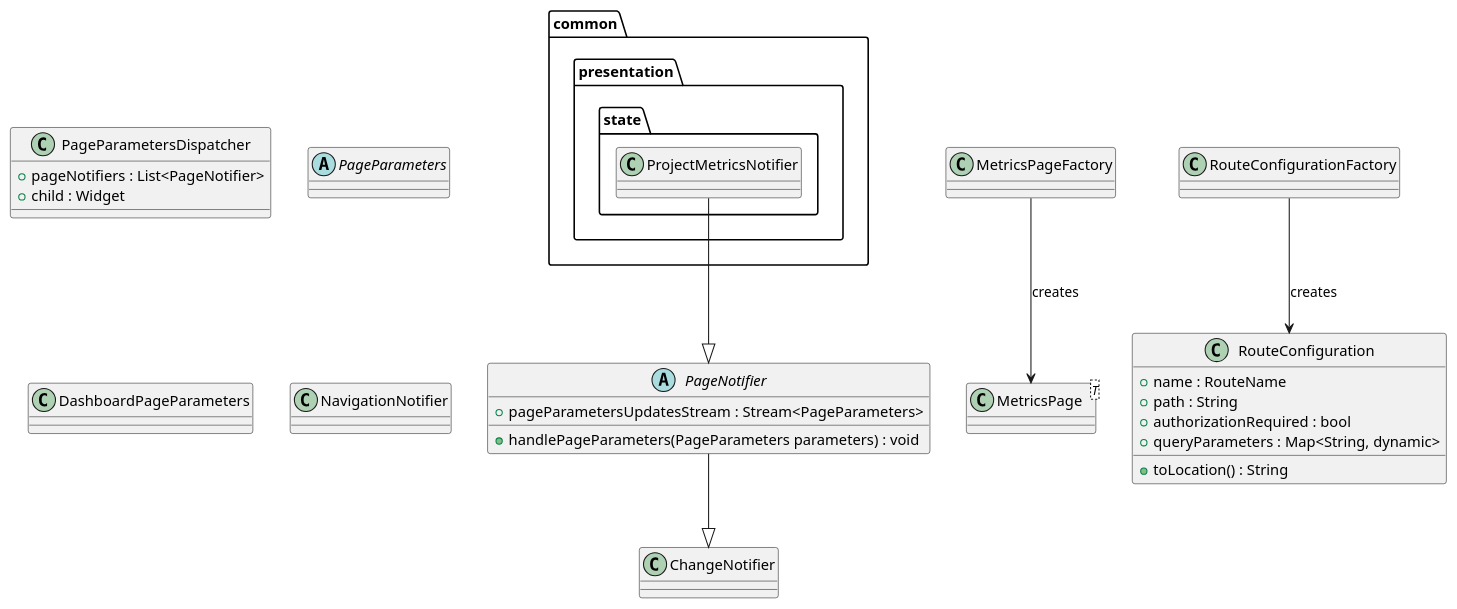
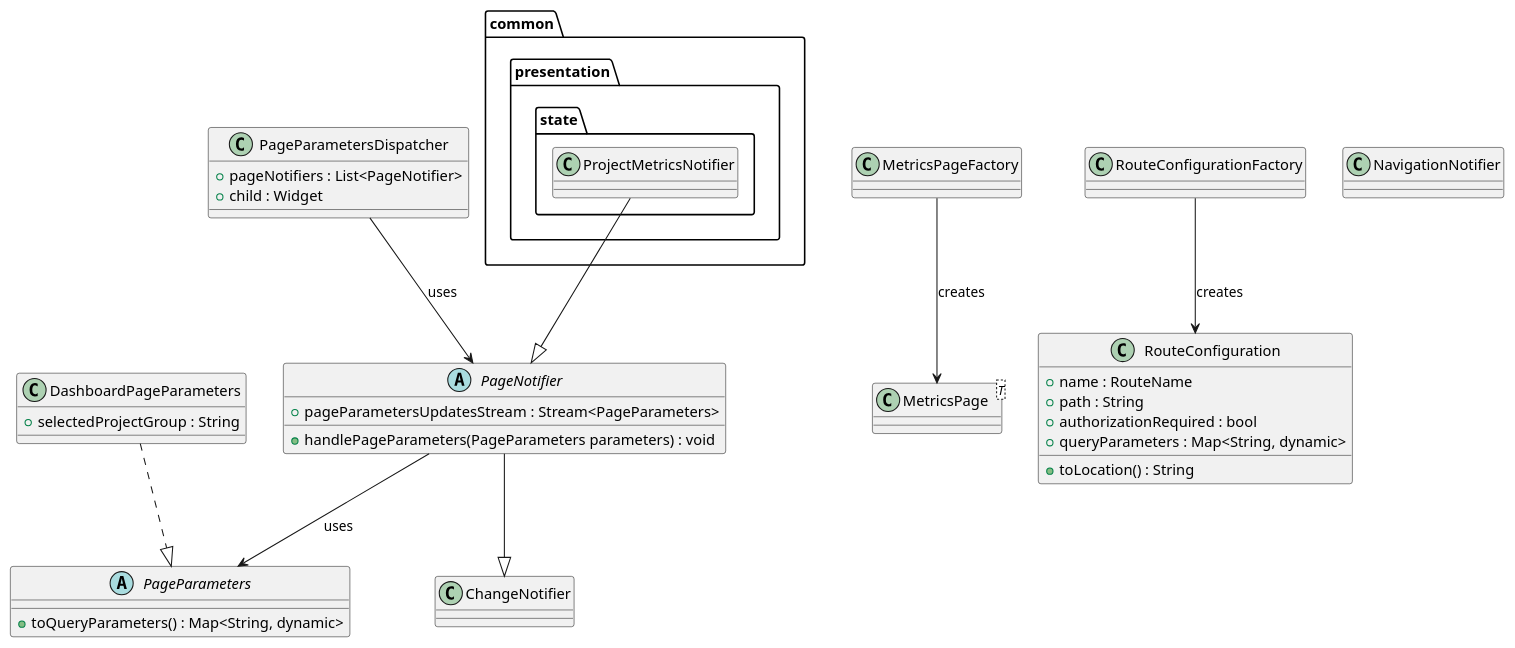
The diagram in metrics/web/docs/features/deep_links/diagrams/navigation_notifier_approach_class_diagram.puml (Flank/flank-dashboard), drawn with PlantUML before and after one commit.

Commit message:
[WIP] add class diagram

```diff
--- a/metrics/web/docs/features/deep_links/diagrams/navigation_notifier_approach_class_diagram.puml
+++ b/metrics/web/docs/features/deep_links/diagrams/navigation_notifier_approach_class_diagram.puml
@@ -1,52 +1,61 @@
 @startuml
 
 abstract class PageNotifier {
     + pageParametersUpdatesStream : Stream<PageParameters>
 
     + handlePageParameters(PageParameters parameters) : void
 }
 
 class PageParametersDispatcher {
     + pageNotifiers : List<PageNotifier>
     + child : Widget
 }
 
 class MetricsPage<T> {}
 
 class MetricsPageFactory {}
 
 class RouteConfiguration {
     + name : RouteName
     + path : String
     + authorizationRequired : bool
     + queryParameters : Map<String, dynamic>
 
     + toLocation() : String
 }
 
 class RouteConfigurationFactory {}
 
-abstract class PageParameters {}
+abstract class PageParameters {
+    + toQueryParameters() : Map<String, dynamic>
+}
 
-class DashboardPageParameters {}
+class DashboardPageParameters {
+    + selectedProjectGroup : String
+}
 
 class NavigationNotifier {}
 
 package common {
     package presentation {
         package state {
             class ProjectMetricsNotifier {
             }
         }
     }
 }
 
+PageParametersDispatcher --> PageNotifier : uses
+
 PageNotifier --|> ChangeNotifier
+PageNotifier --> PageParameters : uses
 
 ProjectMetricsNotifier --|> PageNotifier
 
 MetricsPageFactory --> MetricsPage : creates
 
 RouteConfigurationFactory --> RouteConfiguration : creates
 
+DashboardPageParameters ..|> PageParameters
+
 @enduml
```
